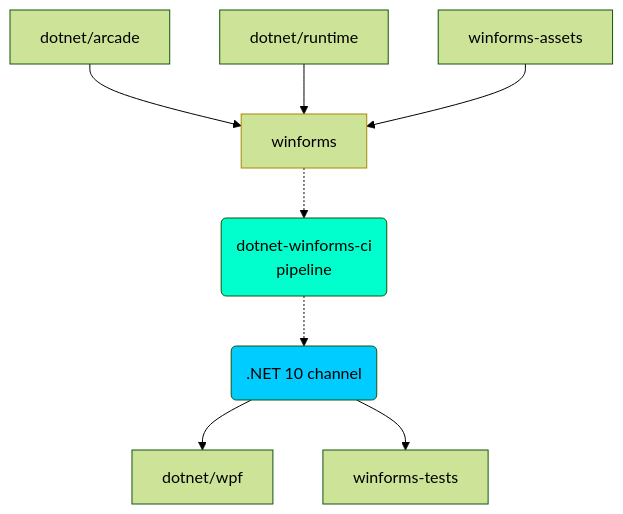
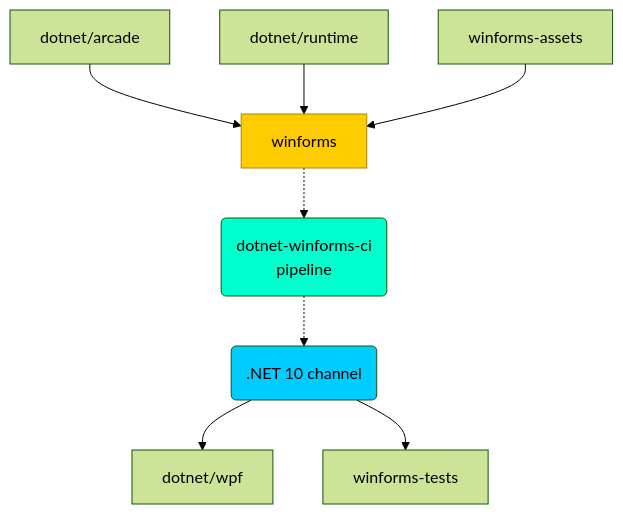
The third of 4 diagrams in Documentation/UnifiedBuild/Flat flow migration guide.md (dotnet/arcade), drawn with Mermaid (forest theme) before and after one commit. The commit also changed other lines of this file, not shown here.

Commit message:
Update diagram

````diff
--- a/Documentation/UnifiedBuild/Flat flow migration guide.md
+++ b/Documentation/UnifiedBuild/Flat flow migration guide.md
@@ -153,15 +153,15 @@
 ```mermaid
 graph TD
     arcade[dotnet/arcade] --> winforms:::active
     runtime[dotnet/runtime] --> winforms
     winformsAssets[winforms-assets]--> winforms
     net10 --> wpf[dotnet/wpf]
 
     winforms -.-> winformsCi(dotnet-winforms-ci<br/>pipeline):::pipeline
     winformsCi -.-> net10(.NET 10 channel):::channel
     net10 --> winformsTests[winforms-tests]
 
-    classDef active stroke:#aa8800;
+    classDef active fill:#ffcc00,stroke:#aa8800,color:#000;
     classDef pipeline fill:#00ffcc,color:#000;
     classDef channel fill:#00ccff,color:#000;
 ```
````
